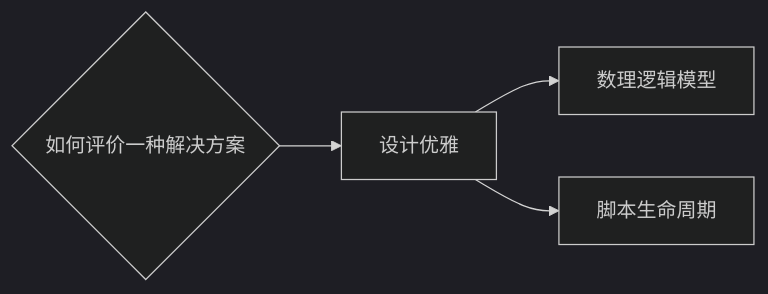
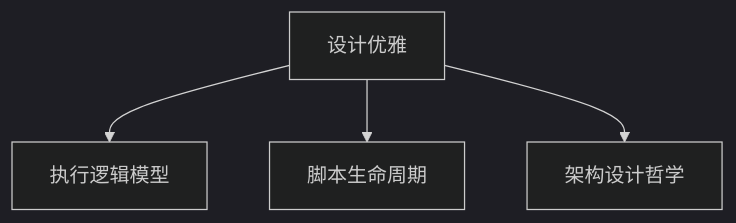
One commit to jskyzero/design.jskyzero.com changed the fifth of 5 diagrams in _posts/游戏开发/2021-08-18-LevelDesignEditor.md. Above: the diagram before and after it, drawn with Mermaid (dark theme). The commit also changed other lines of this file and 4 other files, not shown here.

```diff
--- a/_posts/游戏开发/2021-08-18-LevelDesignEditor.md
+++ b/_posts/游戏开发/2021-08-18-LevelDesignEditor.md
@@ -70,7 +173,7 @@
 {% mermaid %}
-graph LR;
-    C{如何评价一种解决方案};
-    C -->F[设计优雅];
-    F -->F1[数理逻辑模型];
+graph TD;
+    F[设计优雅];
+    F -->F1[执行逻辑模型];
     F -->F2[脚本生命周期];
+    F -->F3[架构设计哲学];
 {% endmermaid %}
```
